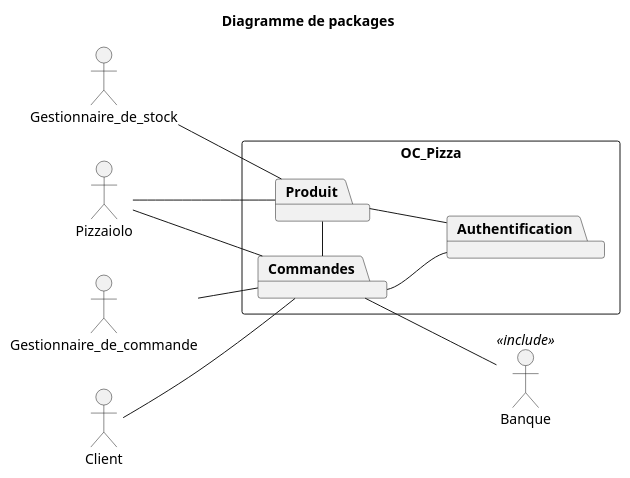
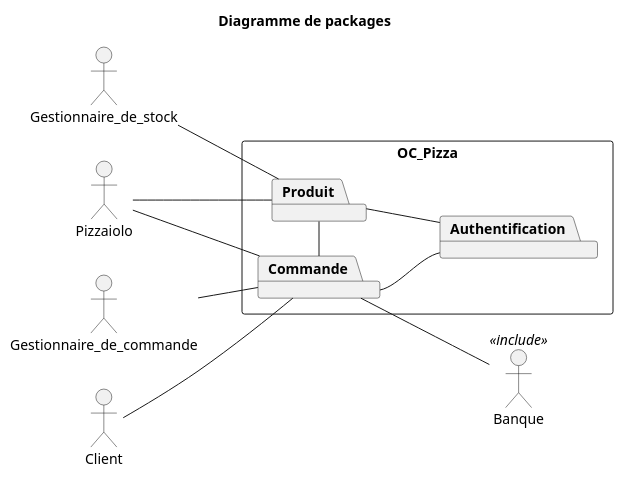
One commit to Zepmanbc/oc_dapython_pr4 changed the diagram in v2/uml/02_packages.puml. Above: the diagram before and after it, drawn with PlantUML. The commit also changed 1 other file, not shown here.

Commit message:
Commande au singuluer

```diff
--- a/v2/uml/02_packages.puml
+++ b/v2/uml/02_packages.puml
@@ -1,30 +1,30 @@
 @startuml 02_packages
 title Diagramme de packages
 
 
 actor Gestionnaire_de_commande as GESTCMD
 actor Client as CUSTOMER
 actor Gestionnaire_de_stock as GESTSTOCK
 actor Pizzaiolo as PZLO
 actor Banque <<include>> as BANK
 
 rectangle OC_Pizza{
     left to right direction
-    package Commandes
+    package Commande
     package Produit
     package Authentification
 }
 
-Authentification -- Commandes
+Authentification -- Commande
 Produit -- Authentification
-Commandes - Produit
+Commande - Produit
 
-CUSTOMER -- Commandes
-GESTCMD -- Commandes
+CUSTOMER -- Commande
+GESTCMD -- Commande
 PZLO -- Produit
-PZLO -- Commandes
+PZLO -- Commande
 GESTSTOCK -- Produit
-Commandes -- BANK
+Commande -- BANK
 
 
 @enduml
```
